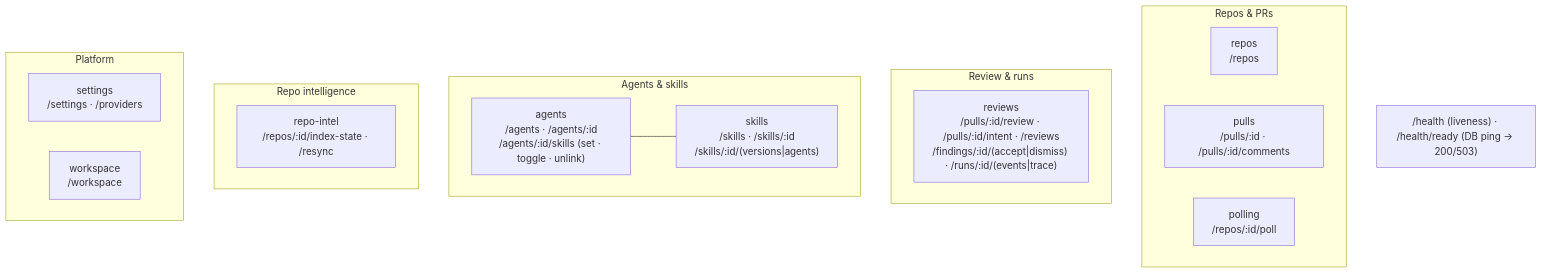
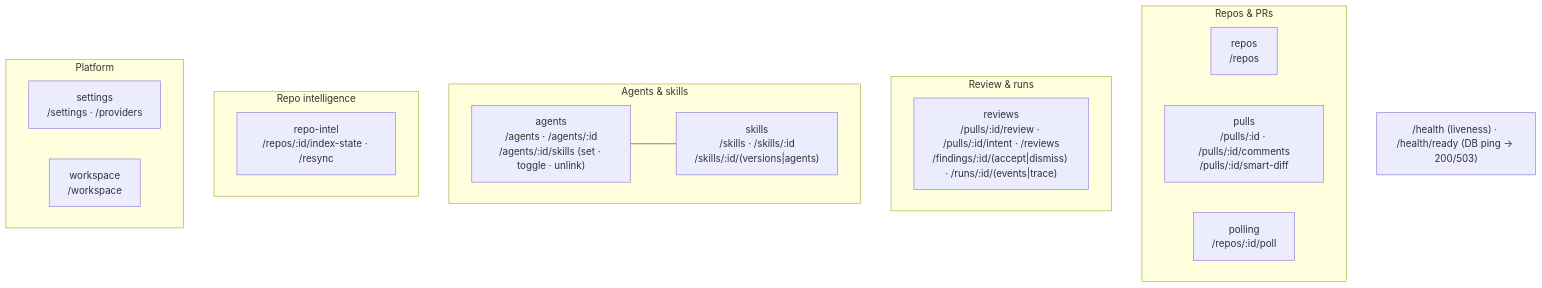
Before and after one commit to KyryloMyronov/dev-digest: the second of 2 diagrams in server/README.md, drawn with Mermaid. The commit also changed other lines of this file and 43 other files, not shown here.

````diff
--- a/server/README.md
+++ b/server/README.md
@@ -64,24 +64,24 @@
 ```mermaid
 flowchart TB
   subgraph Repos_PRs["Repos & PRs"]
     repos["repos<br/>/repos"]
-    pulls["pulls<br/>/pulls/:id · /pulls/:id/comments"]
+    pulls["pulls<br/>/pulls/:id · /pulls/:id/comments<br/>/pulls/:id/smart-diff"]
     polling["polling<br/>/repos/:id/poll"]
   end
   subgraph Review["Review & runs"]
     reviews["reviews<br/>/pulls/:id/review · /pulls/:id/intent · /reviews<br/>/findings/:id/(accept|dismiss) · /runs/:id/(events|trace)"]
   end
   subgraph Agents["Agents & skills"]
     agents["agents<br/>/agents · /agents/:id<br/>/agents/:id/skills (set · toggle · unlink)"]
     skills["skills<br/>/skills · /skills/:id<br/>/skills/:id/(versions|agents)"]
     agents --- skills
   end
   subgraph Intel["Repo intelligence"]
     repoIntel["repo-intel<br/>/repos/:id/index-state · /resync"]
   end
   subgraph Platform["Platform"]
     settings["settings<br/>/settings · /providers"]
     workspace["workspace<br/>/workspace"]
   end
   HEALTH["/health (liveness) · /health/ready (DB ping → 200/503)"]
 ```
````
